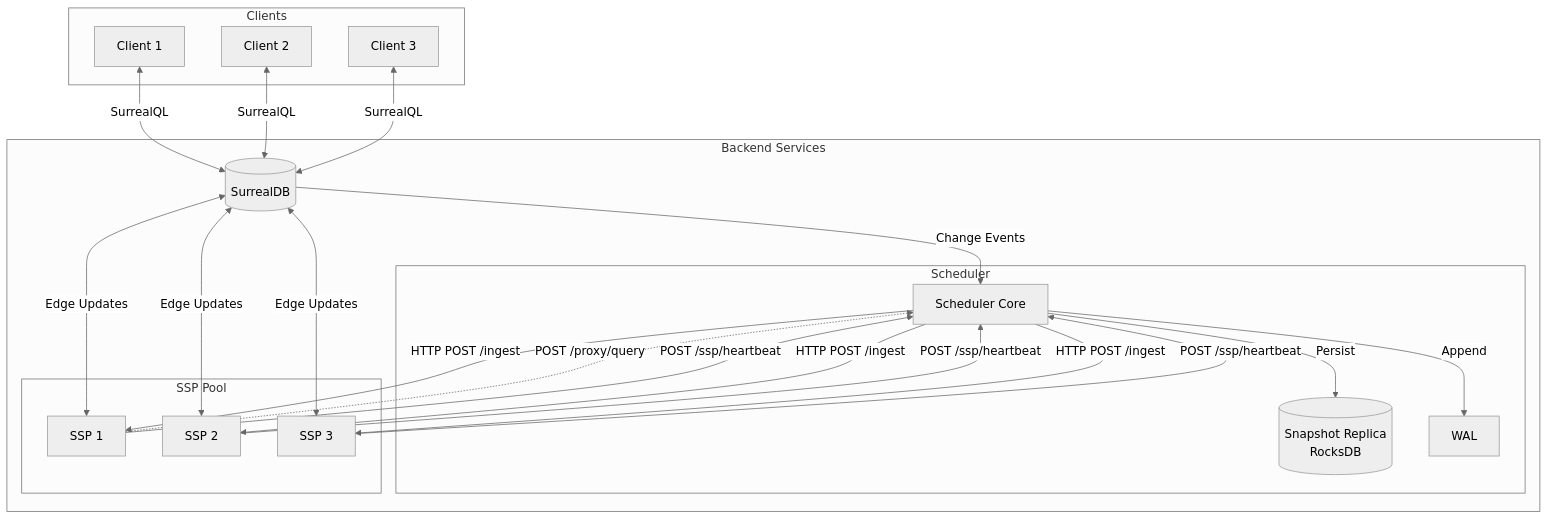
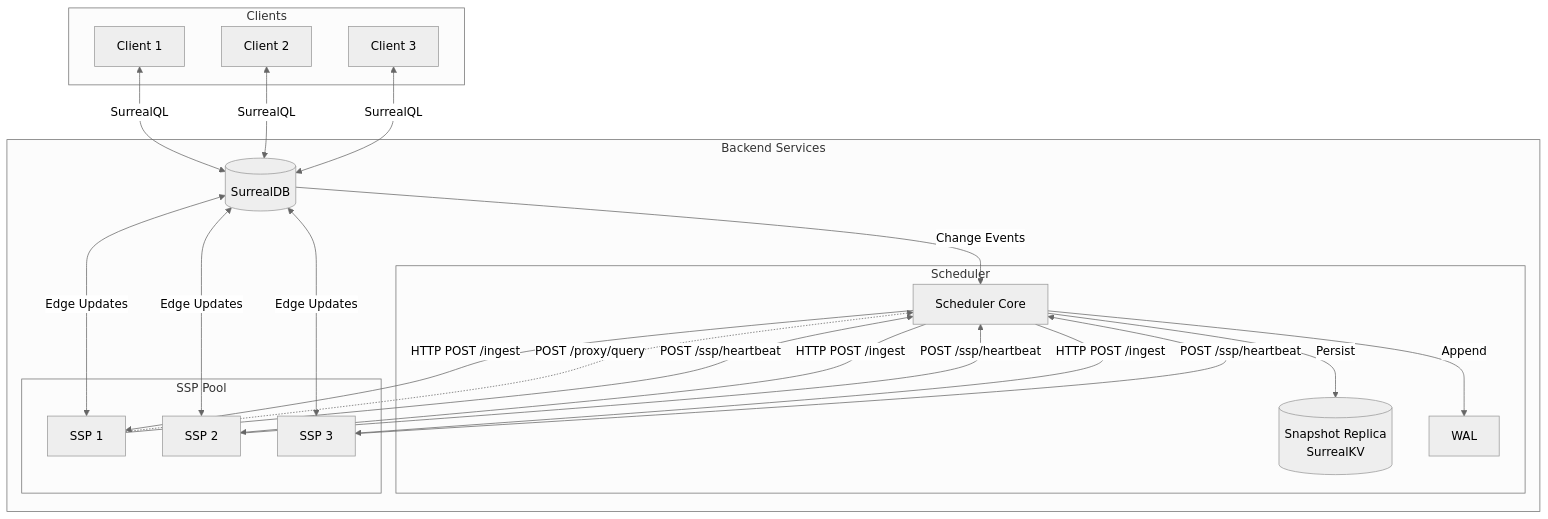
Before and after one commit to mono424/sp00ky: the second of 5 diagrams in apps/landing-page/src/pages/docs/reference/architecture.mdx, drawn with Mermaid (neutral theme). The commit also changed other lines of this file and 28 other files, not shown here.

````diff
--- a/apps/landing-page/src/pages/docs/reference/architecture.mdx
+++ b/apps/landing-page/src/pages/docs/reference/architecture.mdx
@@ -65,44 +65,44 @@
 ```mermaid
 graph TD
     subgraph clients [Clients]
         C1[Client 1]
         C2[Client 2]
         C3[Client 3]
     end
 
     subgraph backend [Backend Services]
         DB[(SurrealDB)]
 
         subgraph sched [Scheduler]
             Scheduler[Scheduler Core]
-            Replica[(Snapshot Replica<br/>RocksDB)]
+            Replica[(Snapshot Replica<br/>SurrealKV)]
             WAL[WAL]
         end
 
         subgraph ssps [SSP Pool]
             SSP1[SSP 1]
             SSP2[SSP 2]
             SSP3[SSP 3]
         end
     end
 
     C1 <-->|SurrealQL| DB
     C2 <-->|SurrealQL| DB
     C3 <-->|SurrealQL| DB
 
     DB -->|Change Events| Scheduler
     Scheduler -->|Persist| Replica
     Scheduler -->|Append| WAL
     Scheduler -->|HTTP POST /ingest| SSP1
     Scheduler -->|HTTP POST /ingest| SSP2
     Scheduler -->|HTTP POST /ingest| SSP3
 
     SSP1 -.->|POST /proxy/query| Scheduler
     SSP1 -->|POST /ssp/heartbeat| Scheduler
     SSP2 -->|POST /ssp/heartbeat| Scheduler
     SSP3 -->|POST /ssp/heartbeat| Scheduler
 
     SSP1 <-->|Edge Updates| DB
     SSP2 <-->|Edge Updates| DB
     SSP3 <-->|Edge Updates| DB
 ```
````
